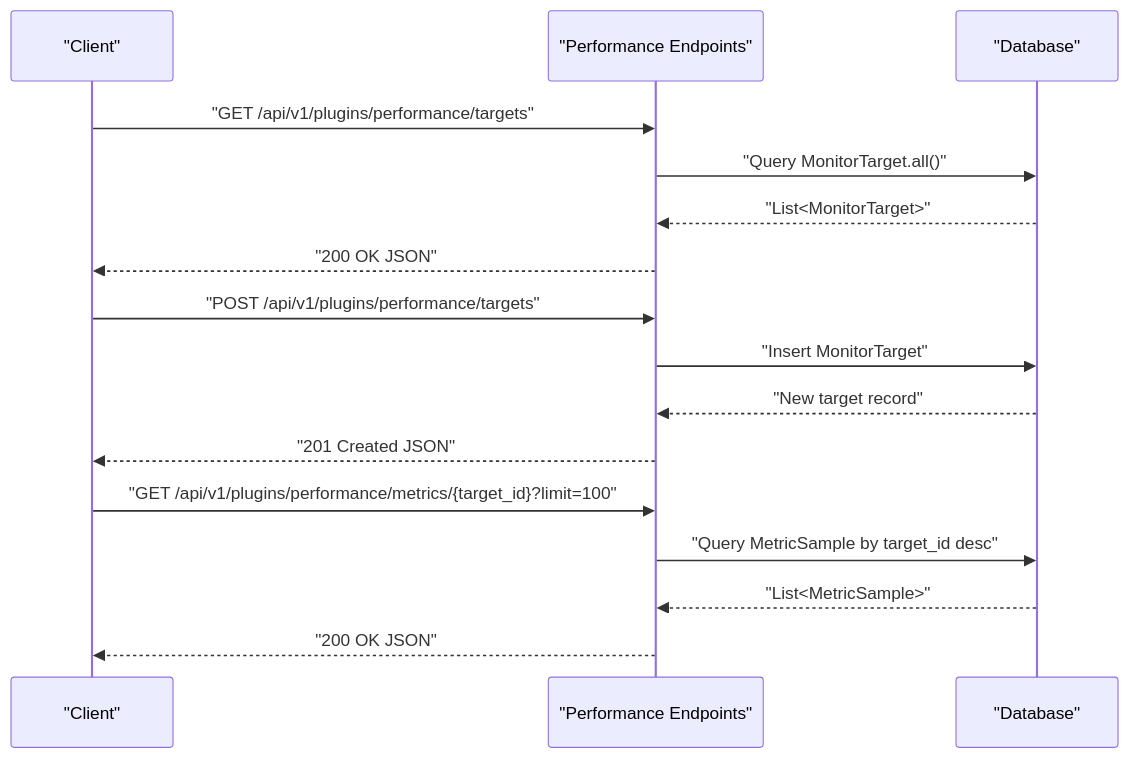
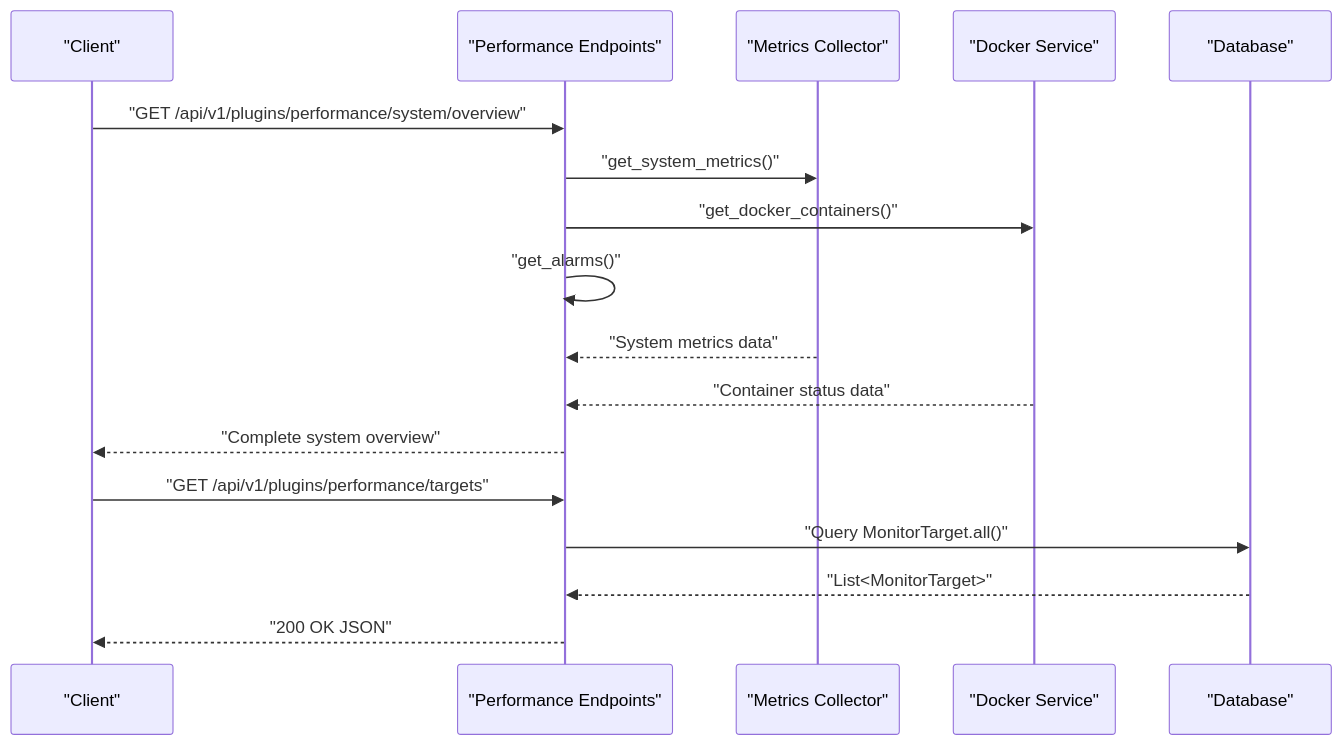
The eighth of 9 diagrams in .qoder/repowiki/en/content/Built-in Plugins/Performance Plugin.md (Nikita5543/New-SSO-02), drawn with Mermaid before and after one commit. The commit also changed other lines of this file and 7 other files, not shown here.

````diff
--- a/.qoder/repowiki/en/content/Built-in Plugins/Performance Plugin.md
+++ b/.qoder/repowiki/en/content/Built-in Plugins/Performance Plugin.md
@@ -214,18 +371,19 @@
 ```mermaid
 sequenceDiagram
 participant Client as "Client"
 participant API as "Performance Endpoints"
+participant Metrics as "Metrics Collector"
+participant Docker as "Docker Service"
 participant DB as "Database"
+Client->>API : "GET /api/v1/plugins/performance/system/overview"
+API->>Metrics : "get_system_metrics()"
+API->>Docker : "get_docker_containers()"
+API->>API : "get_alarms()"
+Metrics-->>API : "System metrics data"
+Docker-->>API : "Container status data"
+API-->>Client : "Complete system overview"
 Client->>API : "GET /api/v1/plugins/performance/targets"
 API->>DB : "Query MonitorTarget.all()"
 DB-->>API : "List<MonitorTarget>"
 API-->>Client : "200 OK JSON"
-Client->>API : "POST /api/v1/plugins/performance/targets"
-API->>DB : "Insert MonitorTarget"
-DB-->>API : "New target record"
-API-->>Client : "201 Created JSON"
-Client->>API : "GET /api/v1/plugins/performance/metrics/{target_id}?limit=100"
-API->>DB : "Query MetricSample by target_id desc"
-DB-->>API : "List<MetricSample>"
-API-->>Client : "200 OK JSON"
 ```
````
